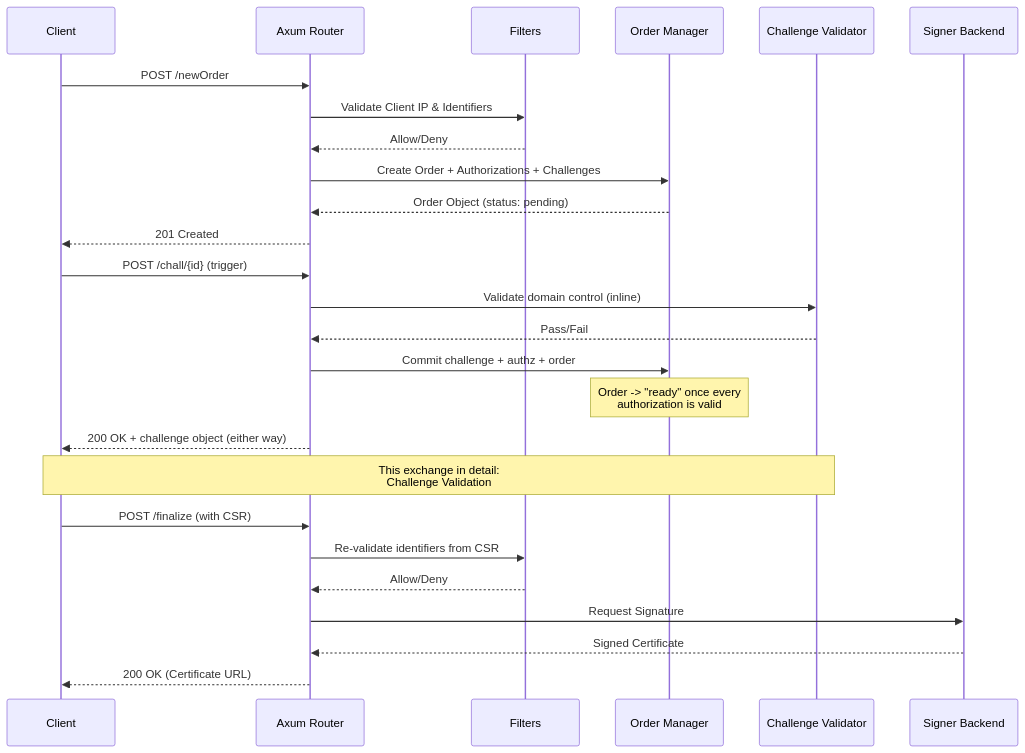
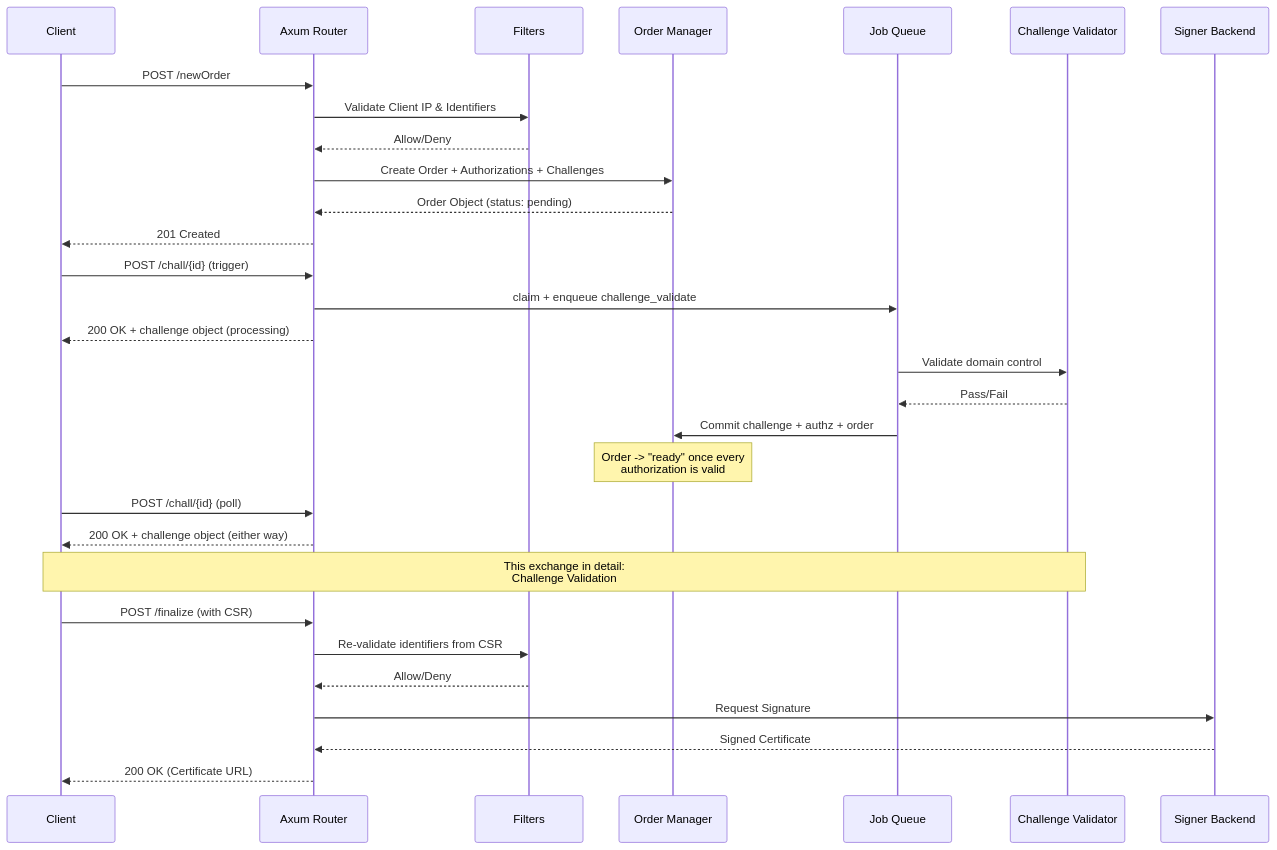
Before and after one commit to acme-proxy/acme-proxy: the second of 3 diagrams in doc/src/dev/architecture.md, drawn with Mermaid. The commit also changed 13 other files, not shown here.

````diff
--- a/doc/src/dev/architecture.md
+++ b/doc/src/dev/architecture.md
@@ -157,31 +157,35 @@
 ```mermaid
 sequenceDiagram
     participant Client
     participant Axum Router
     participant Filters
     participant Order Manager
+    participant Job Queue
     participant Challenge Validator
     participant Signer Backend
 
     Client->>Axum Router: POST /newOrder
     Axum Router->>Filters: Validate Client IP & Identifiers
     Filters-->>Axum Router: Allow/Deny
     Axum Router->>Order Manager: Create Order + Authorizations + Challenges
     Order Manager-->>Axum Router: Order Object (status: pending)
     Axum Router-->>Client: 201 Created
 
     Client->>Axum Router: POST /chall/{id} (trigger)
-    Axum Router->>Challenge Validator: Validate domain control (inline)
-    Challenge Validator-->>Axum Router: Pass/Fail
-    Axum Router->>Order Manager: Commit challenge + authz + order
+    Axum Router->>Job Queue: claim + enqueue challenge_validate
+    Axum Router-->>Client: 200 OK + challenge object (processing)
+    Job Queue->>Challenge Validator: Validate domain control
+    Challenge Validator-->>Job Queue: Pass/Fail
+    Job Queue->>Order Manager: Commit challenge + authz + order
     Note over Order Manager: Order -> "ready" once every<br/>authorization is valid
+    Client->>Axum Router: POST /chall/{id} (poll)
     Axum Router-->>Client: 200 OK + challenge object (either way)
     Note over Client,Challenge Validator: This exchange in detail:<br/>Challenge Validation
 
     Client->>Axum Router: POST /finalize (with CSR)
     Axum Router->>Filters: Re-validate identifiers from CSR
     Filters-->>Axum Router: Allow/Deny
     Axum Router->>Signer Backend: Request Signature
     Signer Backend-->>Axum Router: Signed Certificate
     Axum Router-->>Client: 200 OK (Certificate URL)
 ```
````
